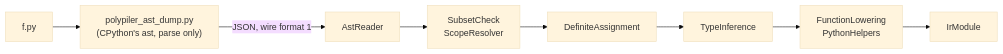
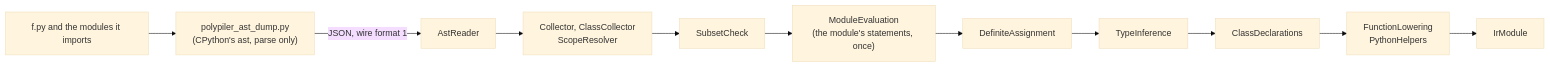
The diagram in docs/architecture/PYTHON-FRONTEND.md (Hawkynt/Polypiler), drawn with Mermaid (base theme) before and after one commit. The commit also changed other lines of this file and 2 other files, not shown here.

First line of the commit message:
* docs: the Python frontend imports sequences, classes, exceptions, closures and modules

````diff
--- a/docs/architecture/PYTHON-FRONTEND.md
+++ b/docs/architecture/PYTHON-FRONTEND.md
@@ -12,10 +13,13 @@
 ```mermaid
 flowchart LR
-  Source["f.py"] --> Helper["polypiler_ast_dump.py<br/>(CPython's ast, parse only)"]
+  Source["f.py and the modules it imports"] --> Helper["polypiler_ast_dump.py<br/>(CPython's ast, parse only)"]
   Helper -- "JSON, wire format 1" --> Reader["AstReader"]
-  Reader --> Check["SubsetCheck<br/>ScopeResolver"]
-  Check --> Assigned["DefiniteAssignment"]
+  Reader --> Collect["Collector, ClassCollector<br/>ScopeResolver"]
+  Collect --> Check["SubsetCheck"]
+  Check --> Evaluate["ModuleEvaluation<br/>(the module's statements, once)"]
+  Evaluate --> Assigned["DefiniteAssignment"]
   Assigned --> Types["TypeInference"]
-  Types --> Lowering["FunctionLowering<br/>PythonHelpers"]
+  Types --> Declare["ClassDeclarations"]
+  Declare --> Lowering["FunctionLowering<br/>PythonHelpers"]
   Lowering --> IR["IrModule"]
 ```
````
